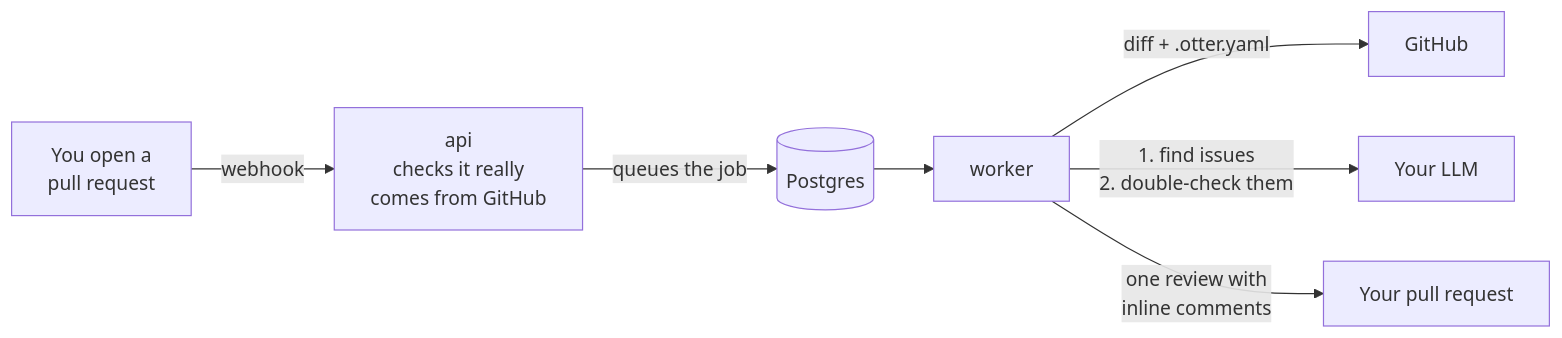
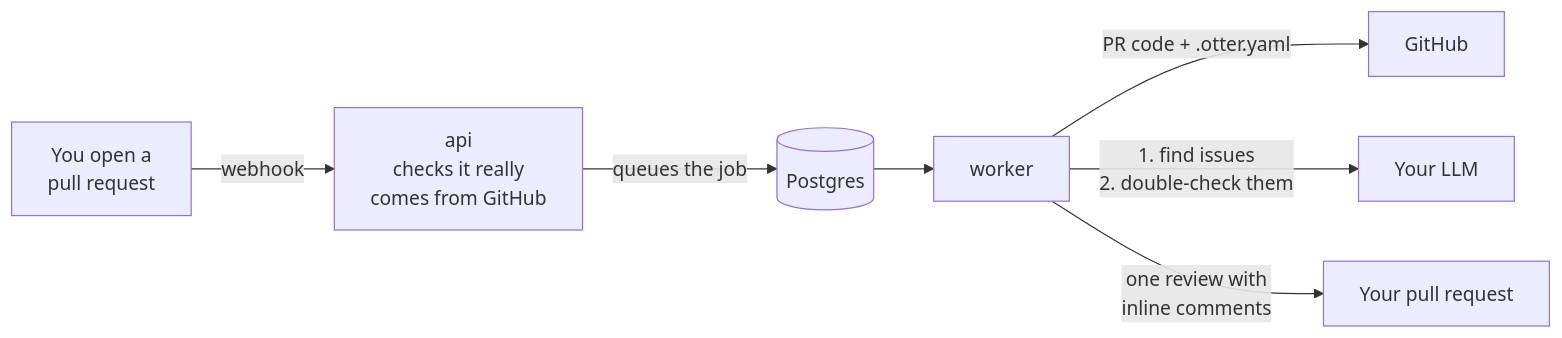
One commit to rafa-minana/code-otter-reviewer changed the first of 5 diagrams in README.md. Above: the diagram before and after it, drawn with Mermaid. The commit also changed other lines of this file and 29 other files, not shown here.

Commit message:
feat/ add repo mirror + worktree, local git diff, dynamic context and PR-close cleanup

````diff
--- a/README.md
+++ b/README.md
@@ -15,9 +15,9 @@
 ```mermaid
 flowchart LR
     PR["You open a<br/>pull request"] -->|webhook| API["api<br/>checks it really<br/>comes from GitHub"]
     API -->|queues the job| DB[("Postgres")]
     DB --> W["worker"]
-    W -->|"diff + .otter.yaml"| GH1["GitHub"]
+    W -->|"PR code + .otter.yaml"| GH1["GitHub"]
     W -->|"1. find issues<br/>2. double-check them"| LLM["Your LLM"]
     W -->|one review with<br/>inline comments| GH2["Your pull request"]
 ```
````
